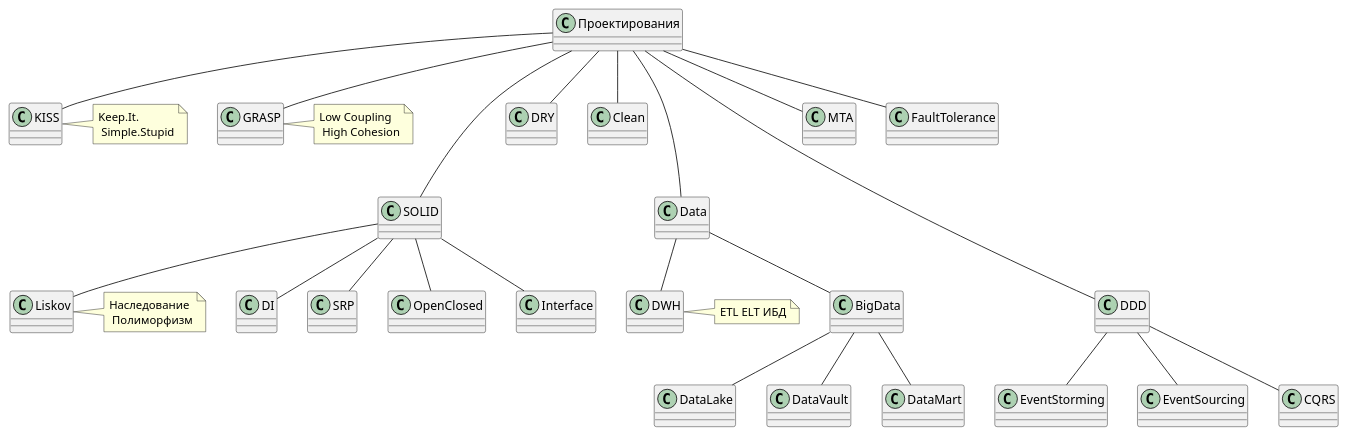
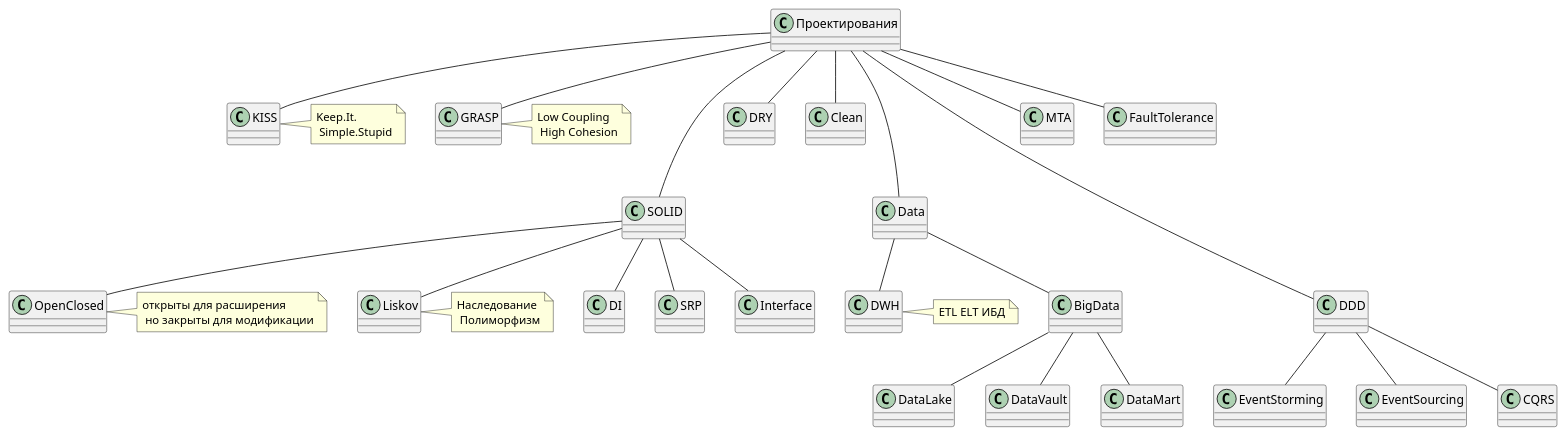
Before and after one commit to daemon110282/daemon110282.github.io: the third of 9 diagrams in arch/pattern/patterns.puml, drawn with PlantUML. The commit also changed other lines of this file and 11 other files, not shown here.

```diff
--- a/arch/pattern/patterns.puml
+++ b/arch/pattern/patterns.puml
@@ -45,32 +45,33 @@
 @startuml (id=system.design)
 
 Проектирования --- SOLID
 	SOLID -- DI
 	SOLID -- SRP
 	SOLID -- OpenClosed
+	note right: открыты для расширения \n но закрыты для модификации
 	SOLID -- Liskov
 	note right: Наследование \n Полиморфизм
 	SOLID -- Interface
 Проектирования -- DRY
 Проектирования -- KISS
 	note right: Keep.It. \n Simple.Stupid
 Проектирования -- GRASP
 	note right: Low Coupling \n High Cohesion 
 Проектирования -- Clean
 Проектирования --- Data
 	Data -- DWH
 	note right: ETL ELT ИБД
 	Data -- BigData
 	BigData -- DataLake
 	BigData -- DataVault
 	BigData -- DataMart
 
 Проектирования ---- DDD
 	DDD -- EventStorming
 	DDD -- EventSourcing
 	DDD -- CQRS
 
 Проектирования -- MTA
 Проектирования -- FaultTolerance
 
 @enduml
```
